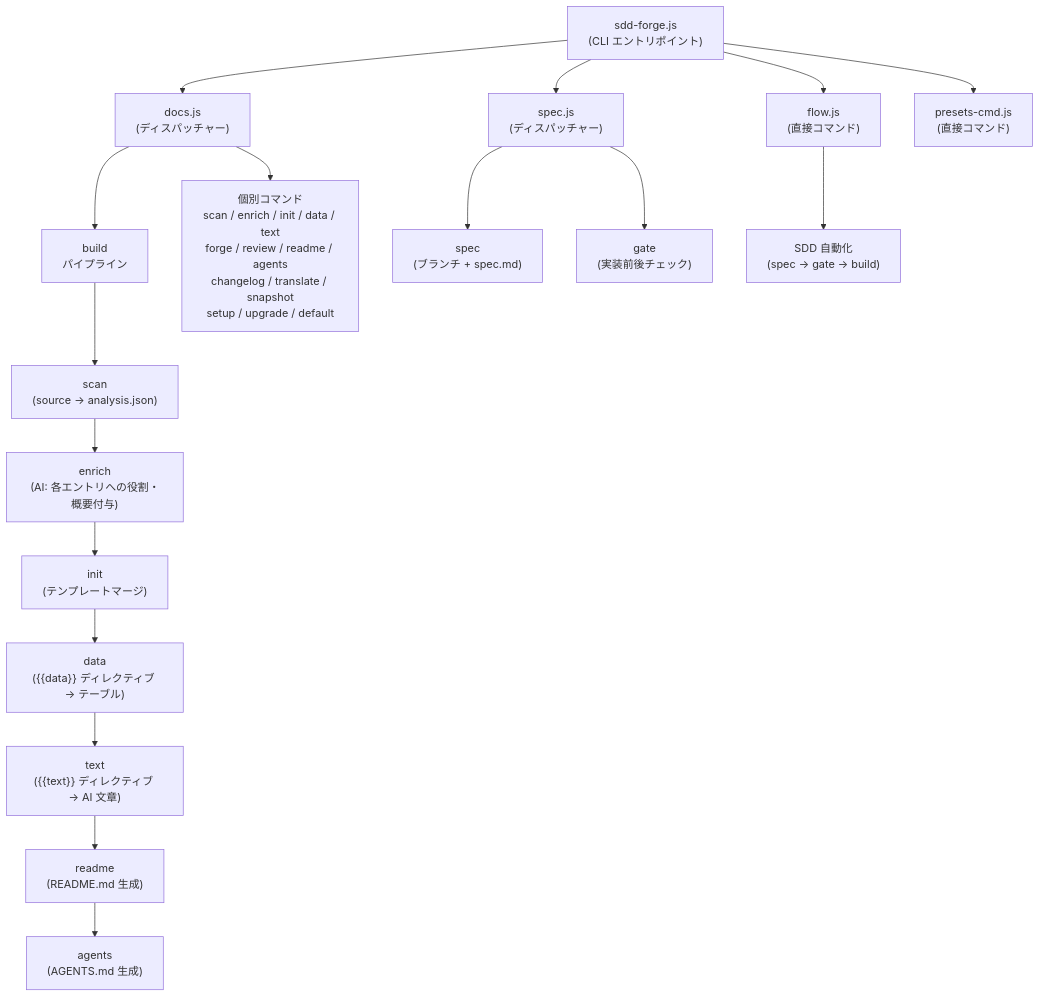
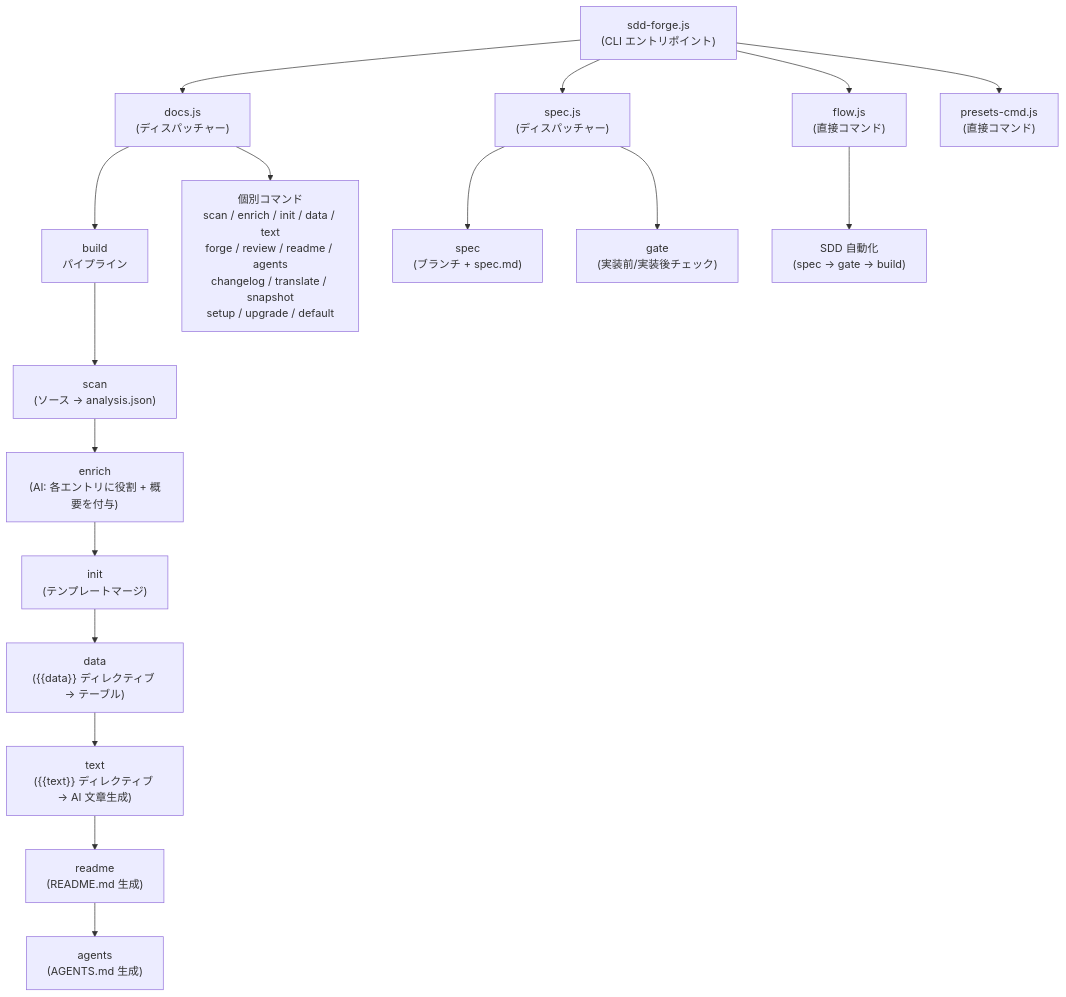
One commit to SpreadWorks/sdd-forge changed the diagram in docs/ja/overview.md. Above: the diagram before and after it, drawn with Mermaid. The commit also changed other lines of this file and 11 other files, not shown here.

First line of the commit message:
feat: add flow review command for code quality review

````diff
--- a/docs/ja/overview.md
+++ b/docs/ja/overview.md
@@ -29,25 +29,25 @@
 ```mermaid
 flowchart TD
     Entry["sdd-forge.js\n(CLI エントリポイント)"]
 
     Entry --> DocsDispatcher["docs.js\n(ディスパッチャー)"]
     Entry --> SpecDispatcher["spec.js\n(ディスパッチャー)"]
     Entry --> FlowDirect["flow.js\n(直接コマンド)"]
     Entry --> PresetsDirect["presets-cmd.js\n(直接コマンド)"]
 
     DocsDispatcher --> Build["build\nパイプライン"]
     DocsDispatcher --> Individual["個別コマンド\nscan / enrich / init / data / text\nforge / review / readme / agents\nchangelog / translate / snapshot\nsetup / upgrade / default"]
 
-    Build --> Scan["scan\n(source → analysis.json)"]
-    Scan --> Enrich["enrich\n(AI: 各エントリへの役割・概要付与)"]
+    Build --> Scan["scan\n(ソース → analysis.json)"]
+    Scan --> Enrich["enrich\n(AI: 各エントリに役割 + 概要を付与)"]
     Enrich --> Init["init\n(テンプレートマージ)"]
     Init --> Data["data\n({{data}} ディレクティブ → テーブル)"]
-    Data --> Text["text\n({{text}} ディレクティブ → AI 文章)"]
+    Data --> Text["text\n({{text}} ディレクティブ → AI 文章生成)"]
     Text --> Readme["readme\n(README.md 生成)"]
     Readme --> Agents["agents\n(AGENTS.md 生成)"]
 
     SpecDispatcher --> SpecInit["spec\n(ブランチ + spec.md)"]
-    SpecDispatcher --> Gate["gate\n(実装前後チェック)"]
+    SpecDispatcher --> Gate["gate\n(実装前/実装後チェック)"]
 
     FlowDirect --> SddFlow["SDD 自動化\n(spec → gate → build)"]
 ```
````
